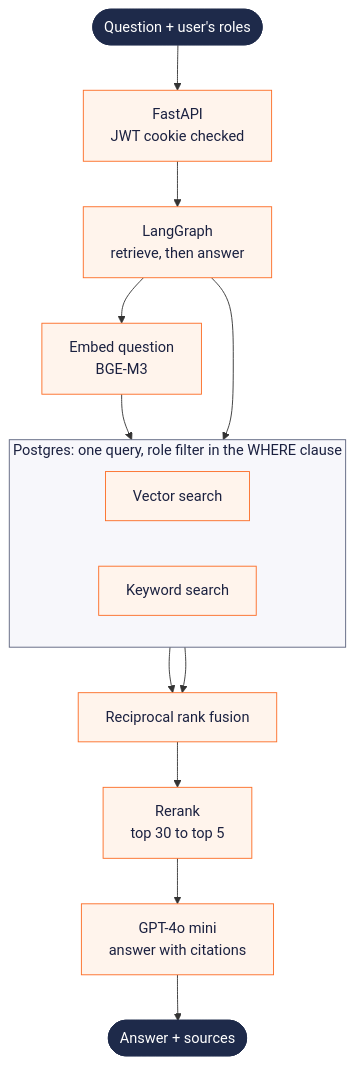
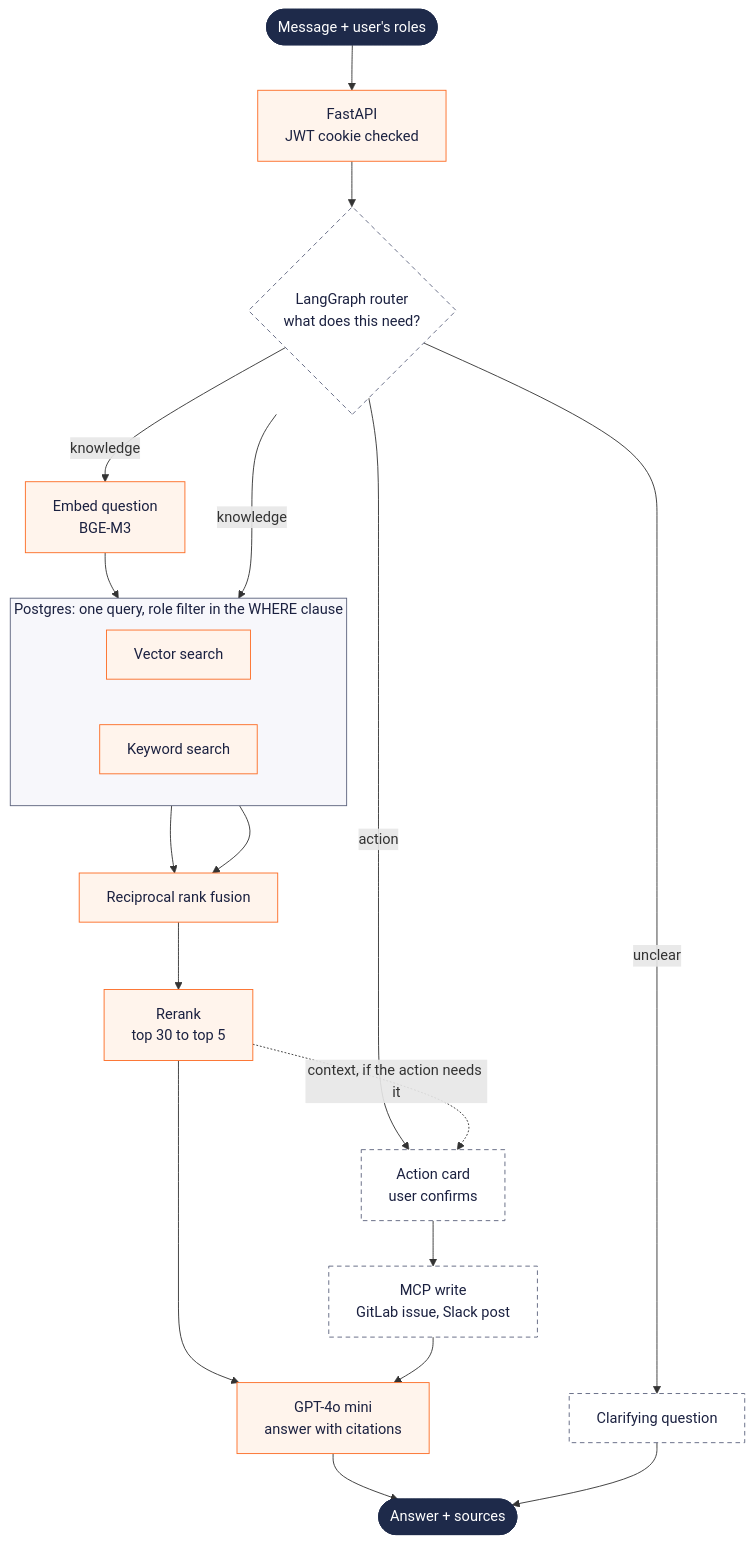
One commit to shreyamhetre/BrainBase changed the second of 3 diagrams in README.md. Above: the diagram before and after it, drawn with Mermaid. The commit also changed other lines of this file and 5 other files, not shown here.

First line of the commit message:
Admin console with confirmed role changes, logo navbar, full architecture in README

````diff
--- a/README.md
+++ b/README.md
@@ -85,26 +108,35 @@
 ```mermaid
 flowchart TD
-    U([Question + user's roles]) --> API[FastAPI<br/>JWT cookie checked]
-    API --> G[LangGraph<br/>retrieve, then answer]
-    G --> EQ[Embed question<br/>BGE-M3]
+    U([Message + user's roles]) --> API[FastAPI<br/>JWT cookie checked]
+    API --> RT{LangGraph router<br/>what does this need?}
+
+    RT -- knowledge --> EQ[Embed question<br/>BGE-M3]
+    RT -- action --> AC[Action card<br/>user confirms]
+    RT -- unclear --> CL[Clarifying question]
 
     subgraph PG[Postgres: one query, role filter in the WHERE clause]
         direction LR
         V[Vector search]
         K[Keyword search]
     end
 
     EQ --> V
-    G --> K
+    RT -- knowledge --> K
     V --> F[Reciprocal rank fusion]
     K --> F
     F --> RR[Rerank<br/>top 30 to top 5]
     RR --> L[GPT-4o mini<br/>answer with citations]
+    RR -. context, if the action needs it .-> AC
+    AC --> MCP[MCP write<br/>GitLab issue, Slack post]
+    MCP --> L
     L --> A([Answer + sources])
+    CL --> A
 
     classDef io fill:#1e2a4a,stroke:#1e2a4a,color:#ffffff
-    classDef step fill:#fff4ec,stroke:#fc6d26,color:#1b2140
+    classDef built fill:#fff4ec,stroke:#fc6d26,color:#1b2140
+    classDef planned fill:#ffffff,stroke:#5d647e,color:#1b2140,stroke-dasharray:5 4
     class U,A io
-    class API,G,EQ,V,K,F,RR,L step
+    class API,EQ,V,K,F,RR,L built
+    class RT,AC,CL,MCP planned
     style PG fill:#f7f7fb,stroke:#5d647e,color:#1b2140
 ```
````
